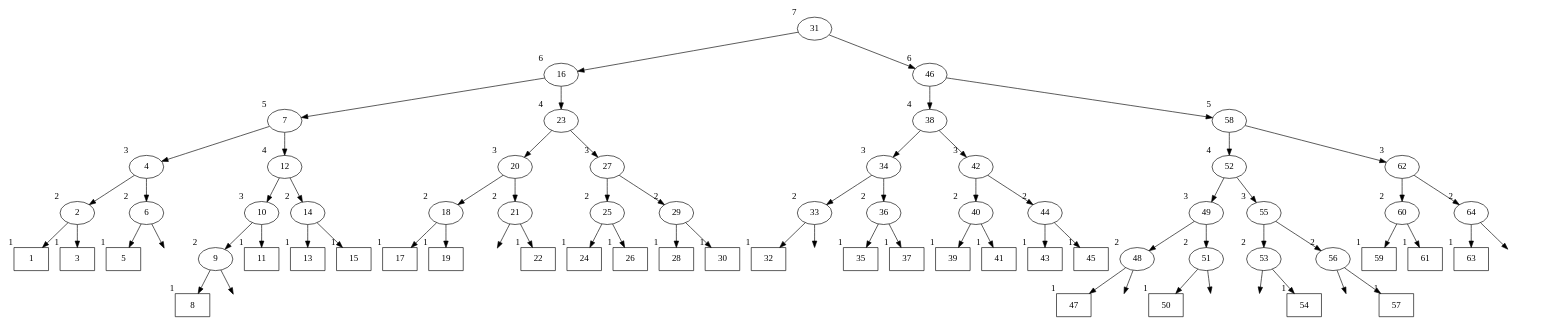
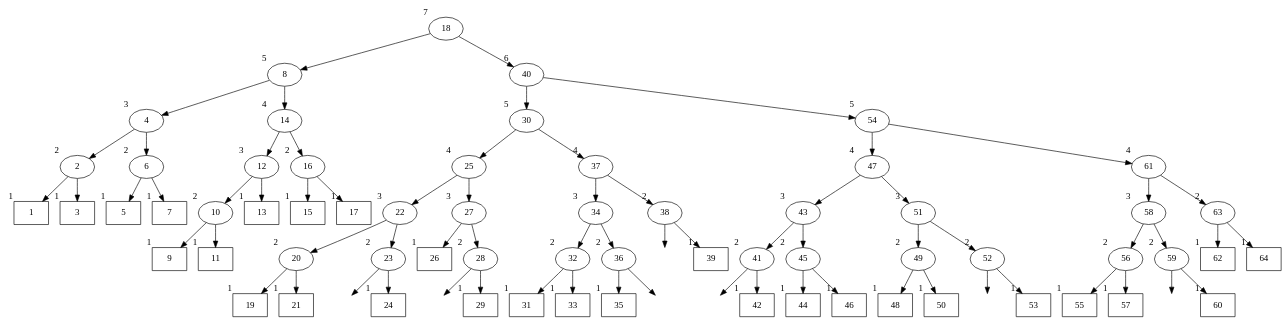
Before and after one commit to thomas-villagers/avltree.cs: the fourth of 4 diagrams in README.org, drawn with Graphviz. The commit also changed other lines of this file and 6 other files, not shown here.

```diff
--- a/README.org
+++ b/README.org
@@ -467,12 +492,10 @@
 #+BEGIN_SRC dot :file images/avltree4.png
 digraph G {
   forcelabels=true;
-  "31" [xlabel=7];
-  "31" -> "16"
-  "16" [xlabel=6];
-  "16" -> "7"
-  "7" [xlabel=5];
-  "7" -> "4"
+  "18" [xlabel=7];
+  "18" -> "8"
+  "8" [xlabel=5];
+  "8" -> "4"
   "4" [xlabel=3];
   "4" -> "2"
   "2" [xlabel=2];
@@ -484,133 +507,131 @@
   "6" [xlabel=2];
   "6" -> "5"
   "5" [shape=rectangle,xlabel=1];
-  empty0 [label="", style=invis];
-  "6" -> empty0
-  "7" -> "12"
-  "12" [xlabel=4];
+  "6" -> "7"
+  "7" [shape=rectangle,xlabel=1];
+  "8" -> "14"
+  "14" [xlabel=4];
+  "14" -> "12"
+  "12" [xlabel=3];
   "12" -> "10"
-  "10" [xlabel=3];
+  "10" [xlabel=2];
   "10" -> "9"
-  "9" [xlabel=2];
-  "9" -> "8"
-  "8" [shape=rectangle,xlabel=1];
-  empty1 [label="", style=invis];
-  "9" -> empty1
+  "9" [shape=rectangle,xlabel=1];
   "10" -> "11"
   "11" [shape=rectangle,xlabel=1];
-  "12" -> "14"
-  "14" [xlabel=2];
-  "14" -> "13"
+  "12" -> "13"
   "13" [shape=rectangle,xlabel=1];
-  "14" -> "15"
+  "14" -> "16"
+  "16" [xlabel=2];
+  "16" -> "15"
   "15" [shape=rectangle,xlabel=1];
-  "16" -> "23"
-  "23" [xlabel=4];
-  "23" -> "20"
-  "20" [xlabel=3];
-  "20" -> "18"
-  "18" [xlabel=2];
-  "18" -> "17"
+  "16" -> "17"
   "17" [shape=rectangle,xlabel=1];
-  "18" -> "19"
+  "18" -> "40"
+  "40" [xlabel=6];
+  "40" -> "30"
+  "30" [xlabel=5];
+  "30" -> "25"
+  "25" [xlabel=4];
+  "25" -> "22"
+  "22" [xlabel=3];
+  "22" -> "20"
+  "20" [xlabel=2];
+  "20" -> "19"
   "19" [shape=rectangle,xlabel=1];
   "20" -> "21"
-  "21" [xlabel=2];
-  empty2 [label="", style=invis];
-  "21" -> empty2
-  "21" -> "22"
-  "22" [shape=rectangle,xlabel=1];
-  "23" -> "27"
+  "21" [shape=rectangle,xlabel=1];
+  "22" -> "23"
+  "23" [xlabel=2];
+  empty0 [label="", style=invis];
+  "23" -> empty0
+  "23" -> "24"
+  "24" [shape=rectangle,xlabel=1];
+  "25" -> "27"
   "27" [xlabel=3];
-  "27" -> "25"
-  "25" [xlabel=2];
-  "25" -> "24"
-  "24" [shape=rectangle,xlabel=1];
-  "25" -> "26"
+  "27" -> "26"
   "26" [shape=rectangle,xlabel=1];
-  "27" -> "29"
-  "29" [xlabel=2];
-  "29" -> "28"
-  "28" [shape=rectangle,xlabel=1];
-  "29" -> "30"
-  "30" [shape=rectangle,xlabel=1];
-  "31" -> "46"
-  "46" [xlabel=6];
-  "46" -> "38"
-  "38" [xlabel=4];
-  "38" -> "34"
+  "27" -> "28"
+  "28" [xlabel=2];
+  empty1 [label="", style=invis];
+  "28" -> empty1
+  "28" -> "29"
+  "29" [shape=rectangle,xlabel=1];
+  "30" -> "37"
+  "37" [xlabel=4];
+  "37" -> "34"
   "34" [xlabel=3];
-  "34" -> "33"
-  "33" [xlabel=2];
-  "33" -> "32"
-  "32" [shape=rectangle,xlabel=1];
-  empty3 [label="", style=invis];
-  "33" -> empty3
+  "34" -> "32"
+  "32" [xlabel=2];
+  "32" -> "31"
+  "31" [shape=rectangle,xlabel=1];
+  "32" -> "33"
+  "33" [shape=rectangle,xlabel=1];
   "34" -> "36"
   "36" [xlabel=2];
   "36" -> "35"
   "35" [shape=rectangle,xlabel=1];
-  "36" -> "37"
-  "37" [shape=rectangle,xlabel=1];
-  "38" -> "42"
-  "42" [xlabel=3];
-  "42" -> "40"
-  "40" [xlabel=2];
-  "40" -> "39"
+  empty2 [label="", style=invis];
+  "36" -> empty2
+  "37" -> "38"
+  "38" [xlabel=2];
+  empty3 [label="", style=invis];
+  "38" -> empty3
+  "38" -> "39"
   "39" [shape=rectangle,xlabel=1];
-  "40" -> "41"
-  "41" [shape=rectangle,xlabel=1];
-  "42" -> "44"
-  "44" [xlabel=2];
-  "44" -> "43"
-  "43" [shape=rectangle,xlabel=1];
-  "44" -> "45"
-  "45" [shape=rectangle,xlabel=1];
-  "46" -> "58"
-  "58" [xlabel=5];
-  "58" -> "52"
-  "52" [xlabel=4];
-  "52" -> "49"
-  "49" [xlabel=3];
+  "40" -> "54"
+  "54" [xlabel=5];
+  "54" -> "47"
+  "47" [xlabel=4];
+  "47" -> "43"
+  "43" [xlabel=3];
+  "43" -> "41"
+  "41" [xlabel=2];
+  empty4 [label="", style=invis];
+  "41" -> empty4
+  "41" -> "42"
+  "42" [shape=rectangle,xlabel=1];
+  "43" -> "45"
+  "45" [xlabel=2];
+  "45" -> "44"
+  "44" [shape=rectangle,xlabel=1];
+  "45" -> "46"
+  "46" [shape=rectangle,xlabel=1];
+  "47" -> "51"
+  "51" [xlabel=3];
+  "51" -> "49"
+  "49" [xlabel=2];
   "49" -> "48"
-  "48" [xlabel=2];
-  "48" -> "47"
-  "47" [shape=rectangle,xlabel=1];
-  empty4 [label="", style=invis];
-  "48" -> empty4
-  "49" -> "51"
-  "51" [xlabel=2];
-  "51" -> "50"
+  "48" [shape=rectangle,xlabel=1];
+  "49" -> "50"
   "50" [shape=rectangle,xlabel=1];
+  "51" -> "52"
+  "52" [xlabel=2];
   empty5 [label="", style=invis];
-  "51" -> empty5
-  "52" -> "55"
-  "55" [xlabel=3];
-  "55" -> "53"
-  "53" [xlabel=2];
-  empty6 [label="", style=invis];
-  "53" -> empty6
-  "53" -> "54"
-  "54" [shape=rectangle,xlabel=1];
-  "55" -> "56"
+  "52" -> empty5
+  "52" -> "53"
+  "53" [shape=rectangle,xlabel=1];
+  "54" -> "61"
+  "61" [xlabel=4];
+  "61" -> "58"
+  "58" [xlabel=3];
+  "58" -> "56"
   "56" [xlabel=2];
-  empty7 [label="", style=invis];
-  "56" -> empty7
+  "56" -> "55"
+  "55" [shape=rectangle,xlabel=1];
   "56" -> "57"
   "57" [shape=rectangle,xlabel=1];
-  "58" -> "62"
-  "62" [xlabel=3];
-  "62" -> "60"
-  "60" [xlabel=2];
-  "60" -> "59"
-  "59" [shape=rectangle,xlabel=1];
-  "60" -> "61"
-  "61" [shape=rectangle,xlabel=1];
-  "62" -> "64"
-  "64" [xlabel=2];
-  "64" -> "63"
-  "63" [shape=rectangle,xlabel=1];
-  empty8 [label="", style=invis];
-  "64" -> empty8
+  "58" -> "59"
+  "59" [xlabel=2];
+  empty6 [label="", style=invis];
+  "59" -> empty6
+  "59" -> "60"
+  "60" [shape=rectangle,xlabel=1];
+  "61" -> "63"
+  "63" [xlabel=2];
+  "63" -> "62"
+  "62" [shape=rectangle,xlabel=1];
+  "63" -> "64"
+  "64" [shape=rectangle,xlabel=1];
 }
 #+END_SRC
```
